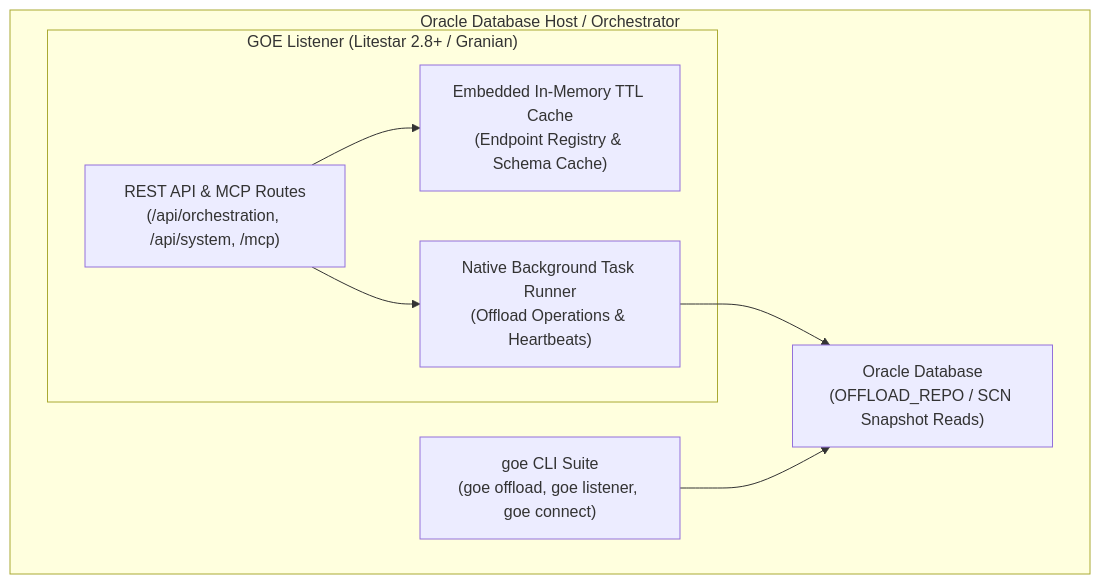
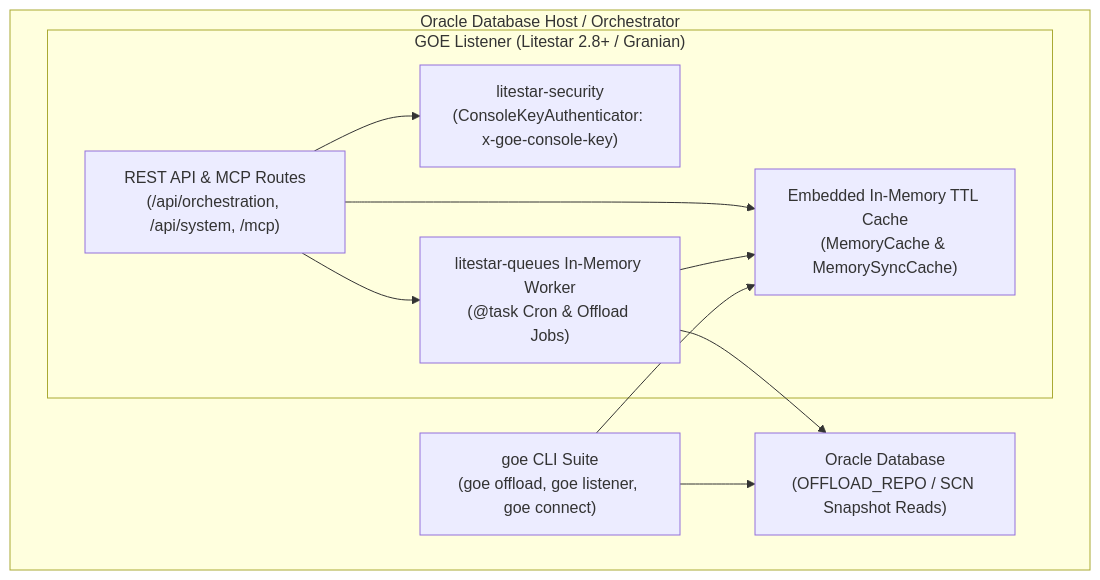
Before and after one commit to cofin/goe: the diagram in docs/internal/design_docs/embedded_listener_and_task_execution_architecture.md, drawn with Mermaid. The commit also changed other lines of this file and 185 other files, not shown here.

First line of the commit message:
feat(config,cli,listener): dotenv discovery, CLI parity, schema alignment, and startup optimization (#7)

````diff
--- a/docs/internal/design_docs/embedded_listener_and_task_execution_architecture.md
+++ b/docs/internal/design_docs/embedded_listener_and_task_execution_architecture.md
@@ -41,19 +41,23 @@
 ```mermaid
 flowchart TD
     subgraph Oracle Host ["Oracle Database Host / Orchestrator"]
         CLI["goe CLI Suite\n(goe offload, goe listener, goe connect)"]
         
         subgraph Listener ["GOE Listener (Litestar 2.8+ / Granian)"]
             API["REST API & MCP Routes\n(/api/orchestration, /api/system, /mcp)"]
-            MemCache["Embedded In-Memory TTL Cache\n(Endpoint Registry & Schema Cache)"]
-            TaskRunner["Native Background Task Runner\n(Offload Operations & Heartbeats)"]
+            Sec["litestar-security\n(ConsoleKeyAuthenticator: x-goe-console-key)"]
+            MemCache["Embedded In-Memory TTL Cache\n(MemoryCache & MemorySyncCache)"]
+            TaskRunner["litestar-queues In-Memory Worker\n(@task Cron & Offload Jobs)"]
         end
 
         Repo["Oracle Database\n(OFFLOAD_REPO / SCN Snapshot Reads)"]
     end
 
+    API --> Sec
     API --> MemCache
     API --> TaskRunner
+    TaskRunner --> MemCache
     TaskRunner --> Repo
+    CLI --> MemCache
     CLI --> Repo
 ```
````
